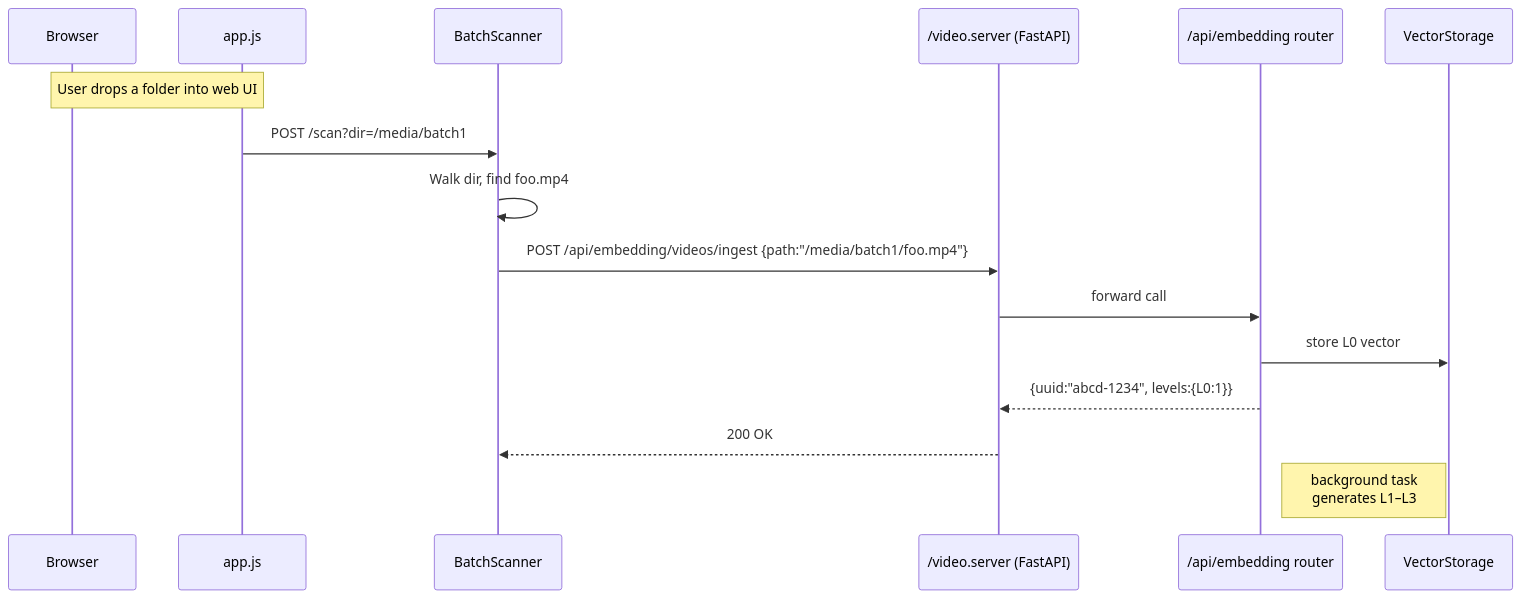
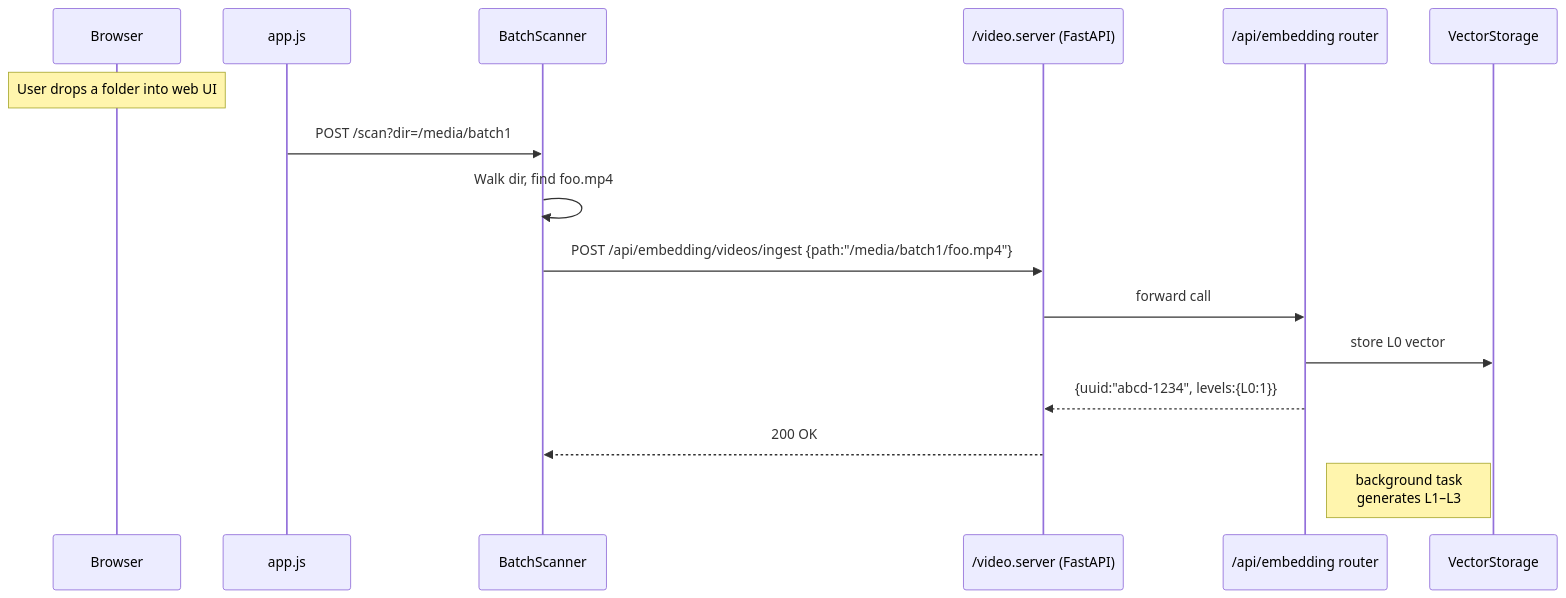
Before and after one commit to Cdaprod/ThatDAMToolbox: the third of 10 diagrams in README.md, drawn with Mermaid. The commit also changed other lines of this file and 3 other files, not shown here.

````diff
--- a/README.md
+++ b/README.md
@@ -121,19 +184,19 @@
 ```mermaid
 sequenceDiagram
     participant UI as Browser
     participant JS as app.js
     participant Scan as BatchScanner
     participant API as /video.server (FastAPI)
     participant DAM as /api/embedding router
     participant Store as VectorStorage
 
-    Note over UI,JS: User drops a folder into web UI
+    Note over UI: User drops a folder into web UI
     JS->>Scan: POST /scan?dir=/media/batch1
     Scan->>Scan: Walk dir, find foo.mp4
     Scan->>API: POST /api/embedding/videos/ingest {path:"/media/batch1/foo.mp4"}
     API->>DAM: forward call
     DAM->>Store: store L0 vector
     DAM-->>API: {uuid:"abcd-1234", levels:{L0:1}}
     API-->>Scan: 200 OK
     Note right of DAM: background task<br/>generates L1–L3
 ```
````
